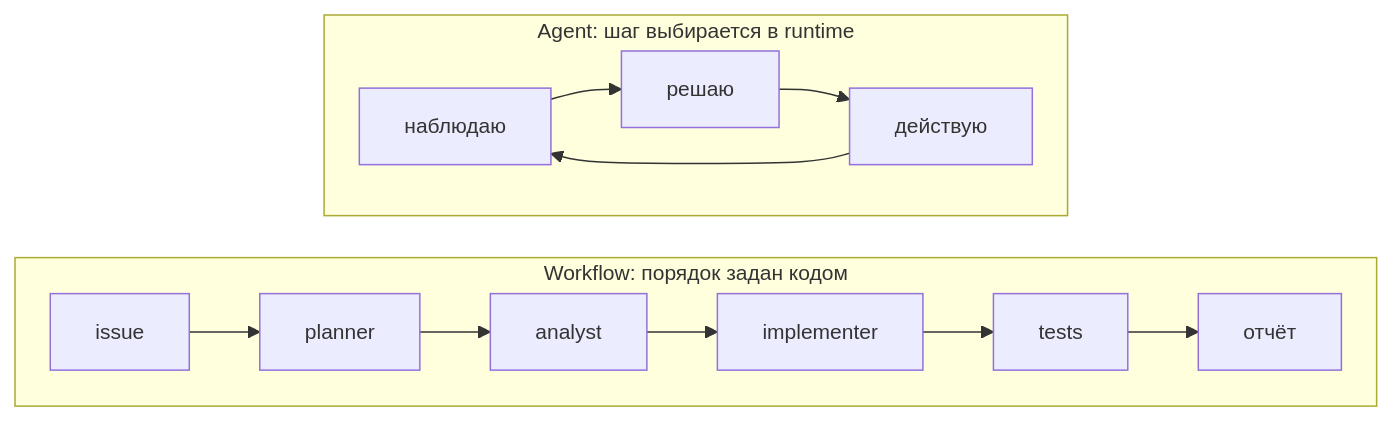
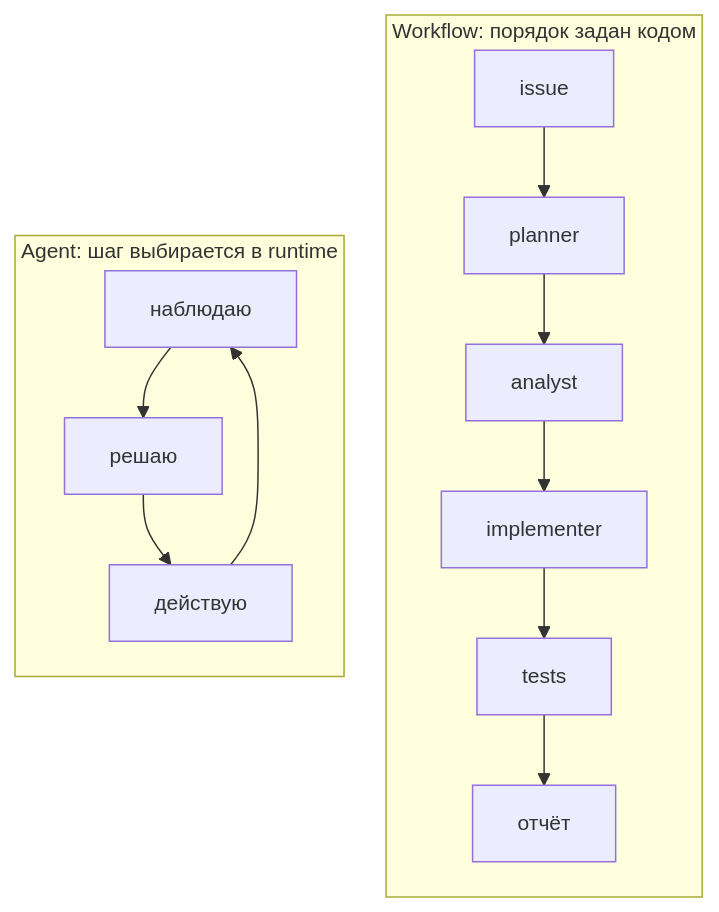
One commit to ertaipit-web/python-agent-workflow-course changed the third of 10 diagrams in docs/course.md. Above: the diagram before and after it, drawn with Mermaid. The commit also changed other lines of this file and 2 other files, not shown here.

Commit message:
Fix overlapping subgraph labels and oversized diagrams
RAG phase clusters collided with their first node at rankSpacing 22; raise it to 42
for that diagram only. Switch the three widest layouts (workflow vs agent,
single vs multi, integration two paths) from LR to TD so every diagram now fits
the reading column at its authored 14px instead of being scaled down.

````diff
--- a/docs/course.md
+++ b/docs/course.md
@@ -144,12 +144,12 @@
 ```mermaid
 %%{init: {"flowchart": {"useMaxWidth": false, "nodeSpacing": 28, "rankSpacing": 22, "wrappingWidth": 460}, "themeVariables": {"fontSize": "14px"}}}%%
-flowchart LR
+flowchart TD
   subgraph WF["Workflow: порядок задан кодом"]
-    direction LR
+    direction TD
     A1["issue"] --> A2["planner"] --> A3["analyst"] --> A4["implementer"] --> A5["tests"] --> A6["отчёт"]
   end
   subgraph AG["Agent: шаг выбирается в runtime"]
-    direction LR
+    direction TD
     B1["наблюдаю"] --> B2["решаю"] --> B3["действую"] --> B1
   end
 ```
````
